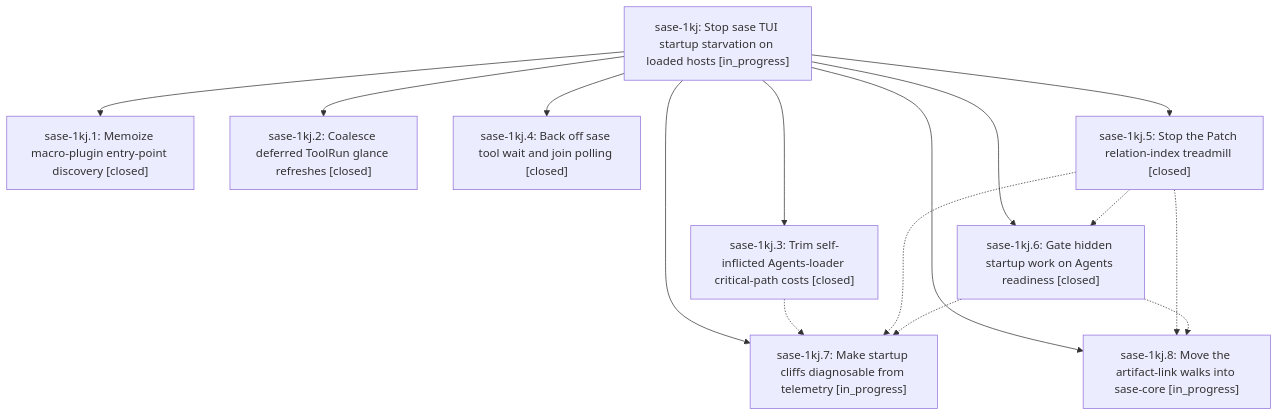
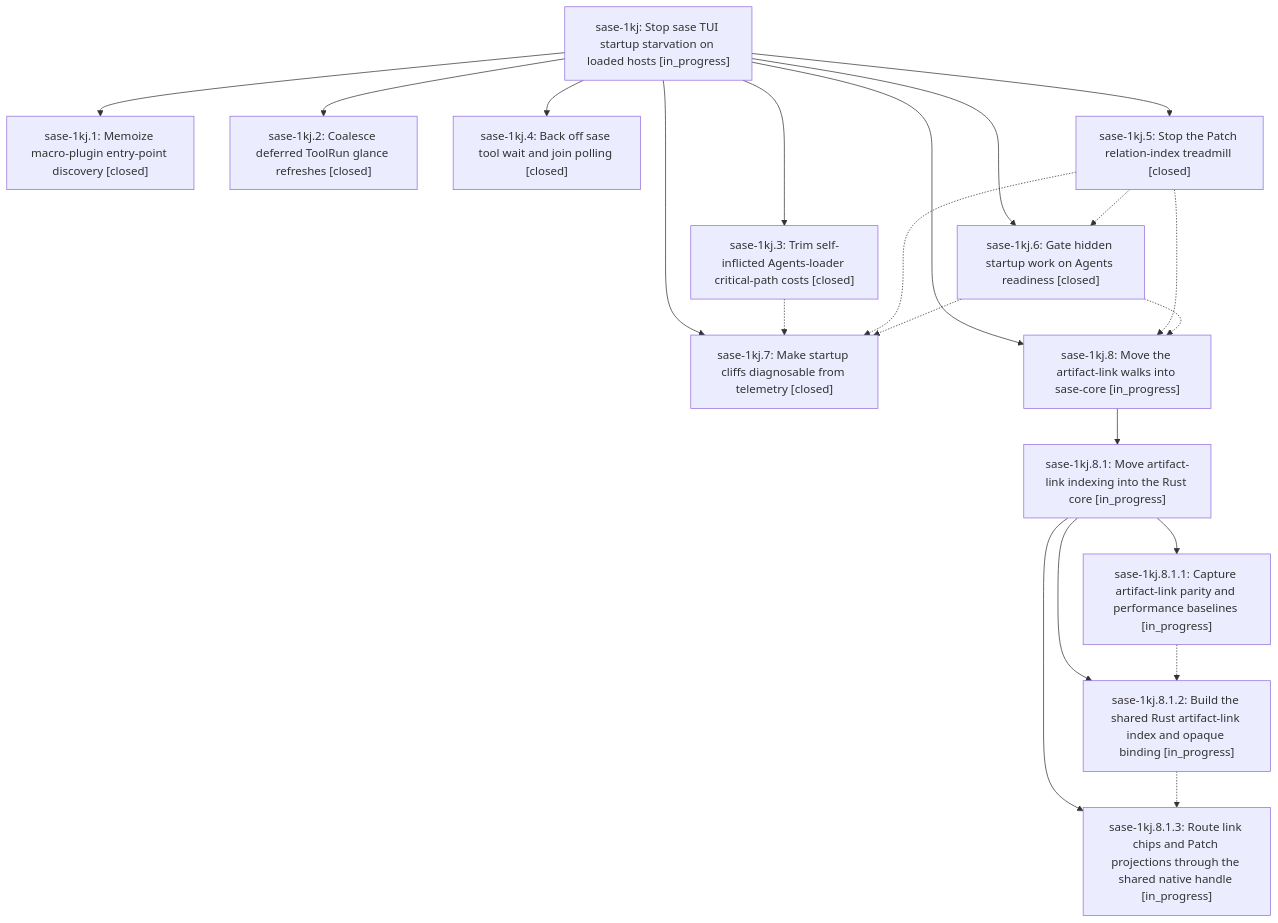
The diagram in pages/sase-1kj/README.md (sase-org/sase--beads), drawn with Mermaid before and after one commit. The commit also changed other lines of this file and 9 other files, not shown here.

````diff
--- a/pages/sase-1kj/README.md
+++ b/pages/sase-1kj/README.md
@@ -41,26 +41,36 @@
 ```mermaid
 flowchart TD
     n0["sase-1kj: Stop sase TUI startup starvation on loaded hosts [in_progress]"]
     n1["sase-1kj.1: Memoize macro-plugin entry-point discovery [closed]"]
     n2["sase-1kj.2: Coalesce deferred ToolRun glance refreshes [closed]"]
     n3["sase-1kj.3: Trim self-inflicted Agents-loader critical-path costs [closed]"]
     n4["sase-1kj.4: Back off sase tool wait and join polling [closed]"]
     n5["sase-1kj.5: Stop the Patch relation-index treadmill [closed]"]
     n6["sase-1kj.6: Gate hidden startup work on Agents readiness [closed]"]
-    n7["sase-1kj.7: Make startup cliffs diagnosable from telemetry [in_progress]"]
+    n7["sase-1kj.7: Make startup cliffs diagnosable from telemetry [closed]"]
     n8["sase-1kj.8: Move the artifact-link walks into sase-core [in_progress]"]
+    n9["sase-1kj.8.1: Move artifact-link indexing into the Rust core [in_progress]"]
+    n10["sase-1kj.8.1.1: Capture artifact-link parity and performance baselines [in_progress]"]
+    n11["sase-1kj.8.1.2: Build the shared Rust artifact-link index and opaque binding [in_progress]"]
+    n12["sase-1kj.8.1.3: Route link chips and Patch projections through the shared native handle [in_progress]"]
     n0 --> n1
     n0 --> n2
     n0 --> n3
     n0 --> n4
     n0 --> n5
     n0 --> n6
     n0 --> n7
     n0 --> n8
+    n8 --> n9
+    n9 --> n10
+    n9 --> n11
+    n9 --> n12
     n3 -.-> n7
     n5 -.-> n6
     n5 -.-> n7
     n5 -.-> n8
     n6 -.-> n7
     n6 -.-> n8
+    n10 -.-> n11
+    n11 -.-> n12
 ```
````
